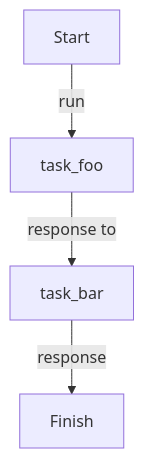
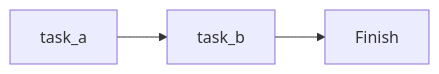
Before and after one commit to dotflow-io/dotflow: the first of 3 diagrams in README.md, drawn with Mermaid. The commit also changed other lines of this file, not shown here.

````diff
--- a/README.md
+++ b/README.md
@@ -227,7 +121,4 @@
 ```mermaid
-flowchart TD
-A[Start] -->|run| B
-B[task_foo] -->|response to| C
-C[task_bar] -->|response| D
-D[Finish]
+flowchart LR
+    A[task_a] --> B[task_b] --> C[Finish]
 ```
````
